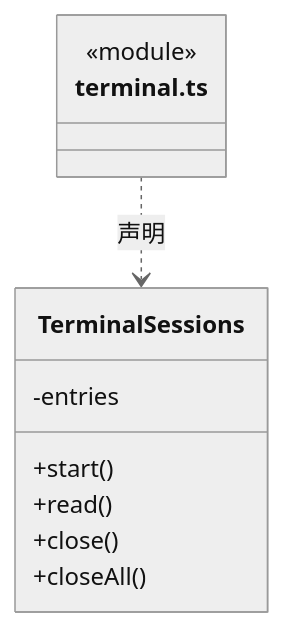
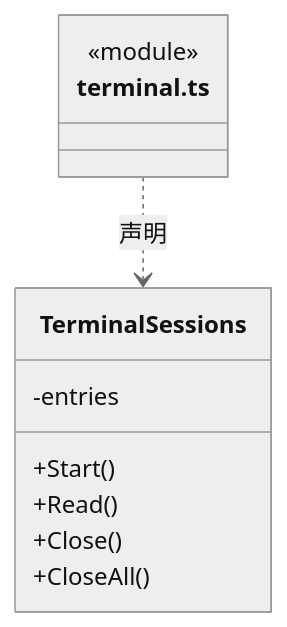
Before and after one commit to nan023062/cbim: the diagram in src/logic/terminal/service/ARCHITECTURE.md, drawn with Mermaid (neutral theme). The commit also changed 1035 other files, not shown here.

````diff
--- a/src/logic/terminal/service/ARCHITECTURE.md
+++ b/src/logic/terminal/service/ARCHITECTURE.md
@@ -22,14 +22,14 @@
 ```mermaid
 classDiagram
 class N_src_logic_terminal_service_terminal_ts["terminal.ts"] {
   <<module>>
 }
 class N_src_logic_terminal_service_terminal_ts_TerminalSessions["TerminalSessions"] {
-  +start()
-  +read()
-  +close()
-  +closeAll()
+  +Start()
+  +Read()
+  +Close()
+  +CloseAll()
   -entries
 }
 N_src_logic_terminal_service_terminal_ts ..> N_src_logic_terminal_service_terminal_ts_TerminalSessions : 声明
 ```
````
